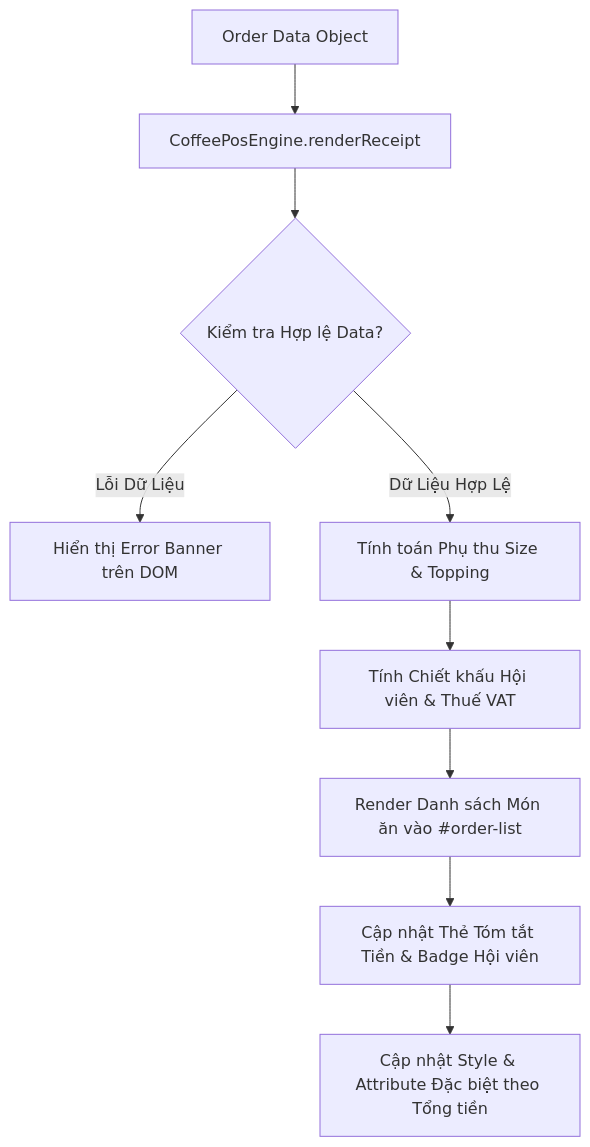
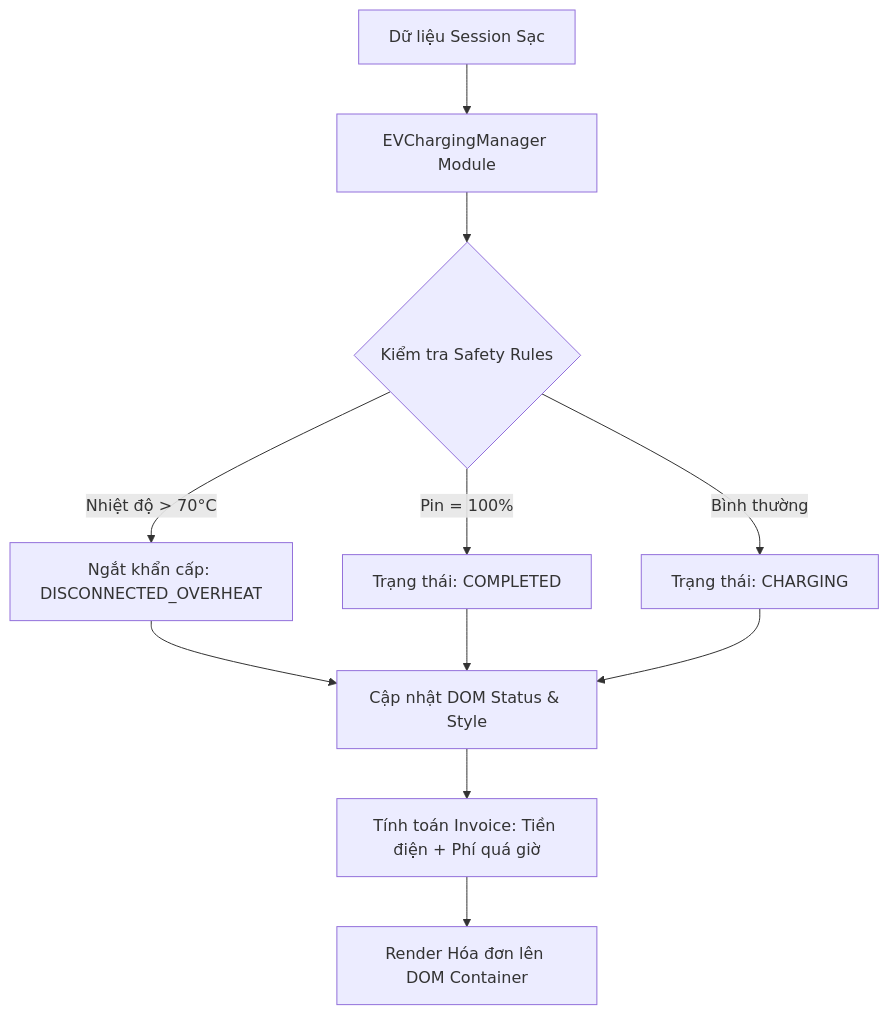
The diagram in output/pms/Phát_triển_ứng_dụng_web/Session 17 - Tương tác DOM API (Document Object Model)- Truy xuất và Thay đổi Nội dung/Bài tập/bai_tap_14.md (ngoquy12/learning_material), drawn with Mermaid before and after one commit. The commit also changed other lines of this file and 116 other files, not shown here.

Commit message:
fix(homework): standardize 15-exercise Bloom suite naming convention, add synthesis/mindmap exercises, clean legacy stubs, and integrate HomeworkReviewerAgent

````diff
--- a/output/pms/Phát_triển_ứng_dụng_web/Session 17 - Tương tác DOM API (Document Object Model)- Truy xuất và Thay đổi Nội dung/Bài tập/bai_tap_14.md
+++ b/output/pms/Phát_triển_ứng_dụng_web/Session 17 - Tương tác DOM API (Document Object Model)- Truy xuất và Thay đổi Nội dung/Bài tập/bai_tap_14.md
@@ -17,11 +16,13 @@
 ```mermaid
 graph TD
-    A[Order Data Object] --> B[CoffeePosEngine.renderReceipt]
-    B --> C{Kiểm tra Hợp lệ Data?}
-    C -- Lỗi Dữ Liệu --> D[Hiển thị Error Banner trên DOM]
-    C -- Dữ Liệu Hợp Lệ --> E[Tính toán Phụ thu Size & Topping]
-    E --> F[Tính Chiết khấu Hội viên & Thuế VAT]
-    F --> G[Render Danh sách Món ăn vào #order-list]
-    G --> H[Cập nhật Thẻ Tóm tắt Tiền & Badge Hội viên]
-    H --> I[Cập nhật Style & Attribute Đặc biệt theo Tổng tiền]
+    A[Dữ liệu Session Sạc] --> B[EVChargingManager Module]
+    B --> C{Kiểm tra Safety Rules}
+    C -- Nhiệt độ > 70°C --> D[Ngắt khẩn cấp: DISCONNECTED_OVERHEAT]
+    C -- Pin = 100% --> E[Trạng thái: COMPLETED]
+    C -- Bình thường --> F[Trạng thái: CHARGING]
+    D --> G[Cập nhật DOM Status & Style]
+    E --> G
+    F --> G
+    G --> H[Tính toán Invoice: Tiền điện + Phí quá giờ]
+    H --> I[Render Hóa đơn lên DOM Container]
 ```
````
